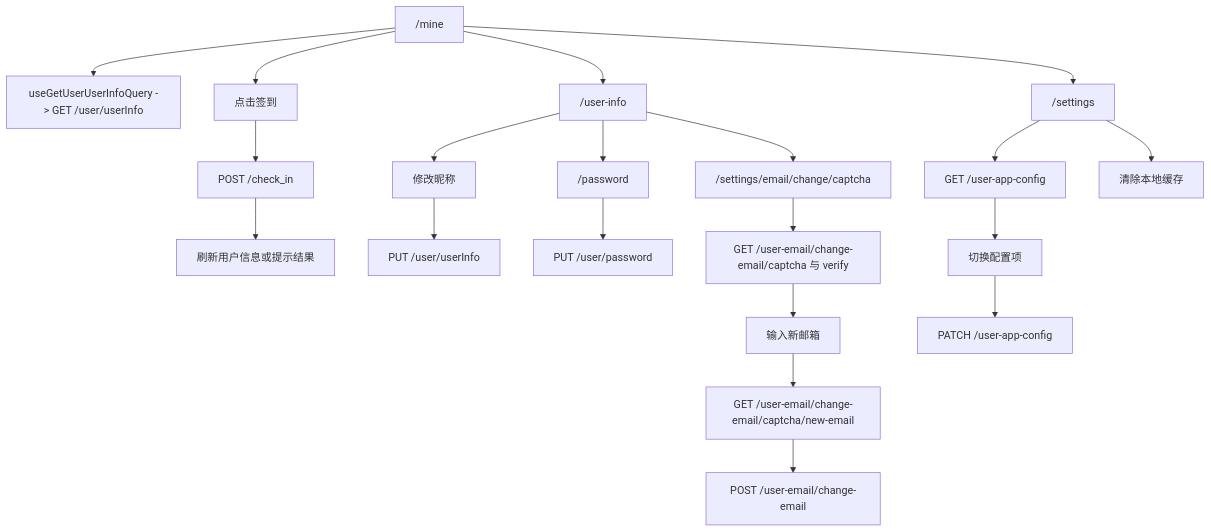
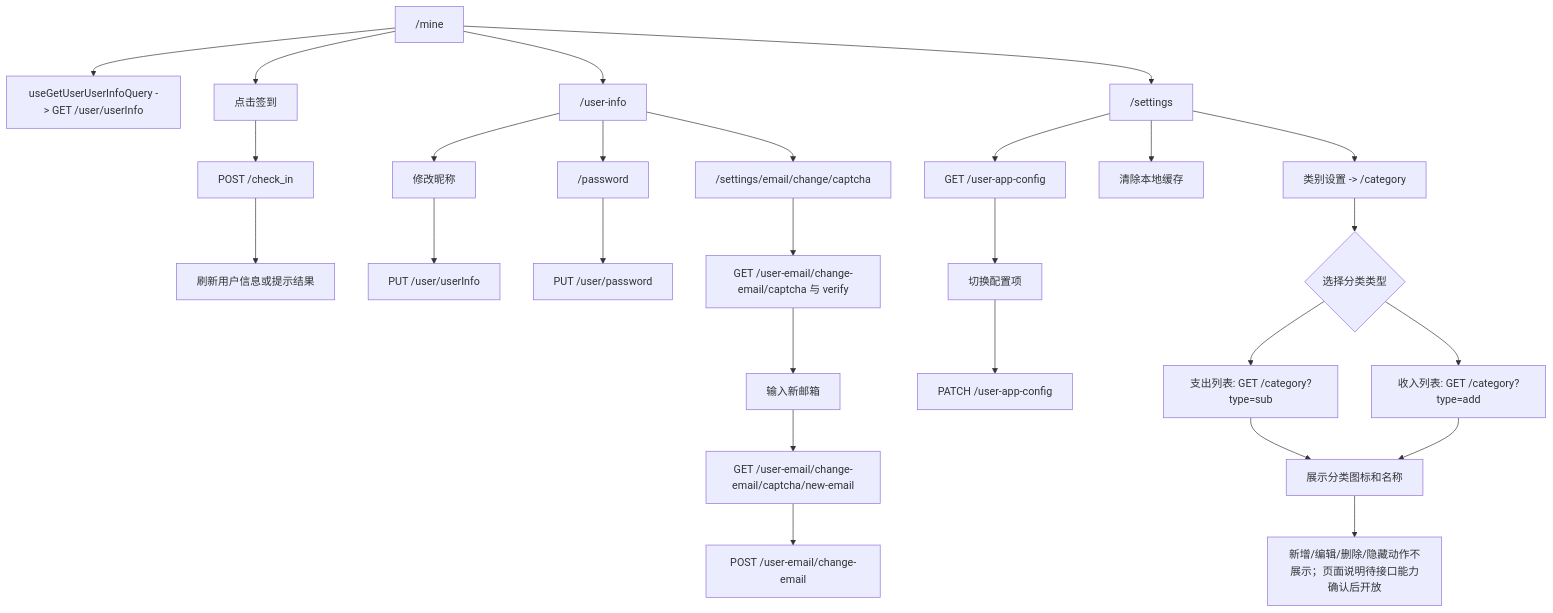
Diagram 12 of 12 in docs/flowcharts/feature-flows.md (whale-wave/ww-bill-client), drawn with Mermaid before and after one commit. The commit also changed other lines of this file and 46 other files, not shown here.

````diff
--- a/docs/flowcharts/feature-flows.md
+++ b/docs/flowcharts/feature-flows.md
@@ -308,24 +329,31 @@
 ```mermaid
 flowchart TD
   Mine["/mine"] --> UserInfoApi["useGetUserUserInfoQuery -> GET /user/userInfo"]
   Mine --> CheckIn["点击签到"]
   CheckIn --> CheckInApi["POST /check_in"]
   CheckInApi --> RefreshUser["刷新用户信息或提示结果"]
   Mine --> UserInfo["/user-info"]
   UserInfo --> EditName["修改昵称"]
   EditName --> PutUser["PUT /user/userInfo"]
   UserInfo --> Password["/password"]
   Password --> ChangePassword["PUT /user/password"]
   UserInfo --> EmailChange["/settings/email/change/captcha"]
 
   Mine --> Settings["/settings"]
   Settings --> QueryConfig["GET /user-app-config"]
   QueryConfig --> ToggleConfig["切换配置项"]
   ToggleConfig --> PatchConfig["PATCH /user-app-config"]
   Settings --> ClearCache["清除本地缓存"]
+  Settings --> CategorySettings["类别设置 -> /category"]
+  CategorySettings --> CategoryType{"选择分类类型"}
+  CategoryType --> SubCategory["支出列表: GET /category?type=sub"]
+  CategoryType --> AddCategory["收入列表: GET /category?type=add"]
+  SubCategory --> CategoryList["展示分类图标和名称"]
+  AddCategory --> CategoryList
+  CategoryList --> Unsupported["新增/编辑/删除/隐藏动作不展示；页面说明待接口能力确认后开放"]
 
   EmailChange --> VerifyOld["GET /user-email/change-email/captcha 与 verify"]
   VerifyOld --> InputNew["输入新邮箱"]
   InputNew --> SendNew["GET /user-email/change-email/captcha/new-email"]
   SendNew --> SubmitNew["POST /user-email/change-email"]
 ```
````
